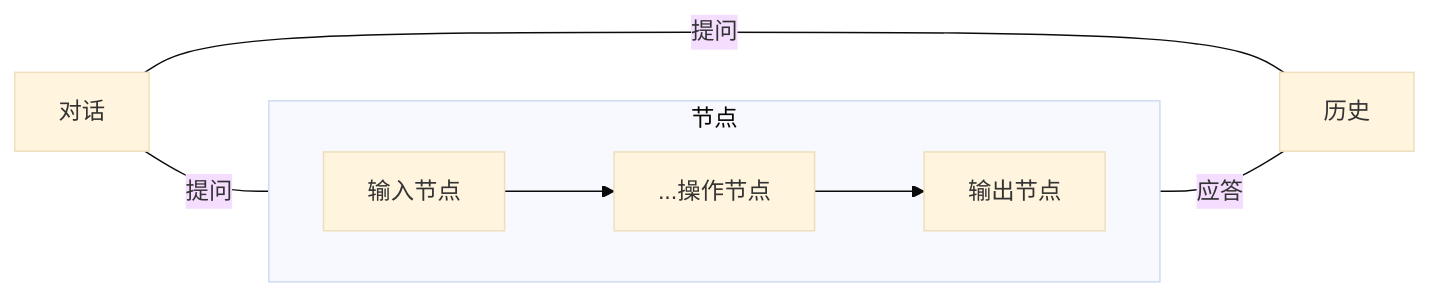
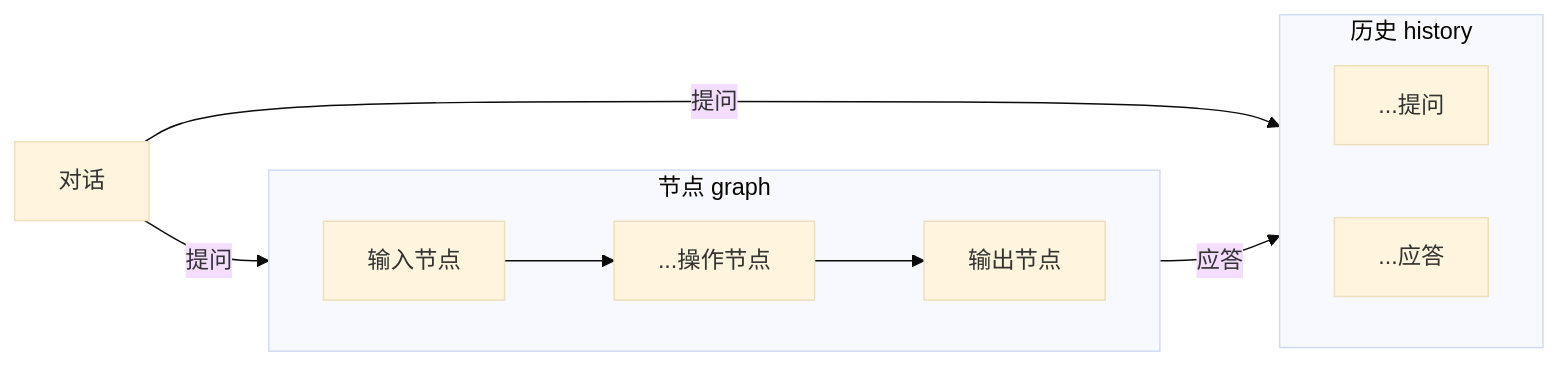
One commit to DongranZhou/baklavajs-vue-chatbot changed the diagram in README.md. Above: the diagram before and after it, drawn with Mermaid (base theme). The commit also changed 1 other file, not shown here.

Commit message:
[fix] readme

````diff
--- a/README.md
+++ b/README.md
@@ -7,10 +7,15 @@
 ```mermaid
 graph LR;
-  对话--提问---历史;
-  对话--提问---节点;
-  节点--应答---历史;
-  subgraph 节点
+  对话 -- 提问 --> 提问;
+  对话 -- 提问 --> 节点;
+  节点 -- 应答 --> 应答;
+  subgraph 节点[节点 graph]
     direction LR
-    输入节点--> ...操作节点  -->输出节点
+    输入节点 --> ...操作节点 --> 输出节点
+  end
+  subgraph 历史[历史 history]
+    direction LR
+    提问[...提问]
+    应答[...应答]
   end
 ```
````
